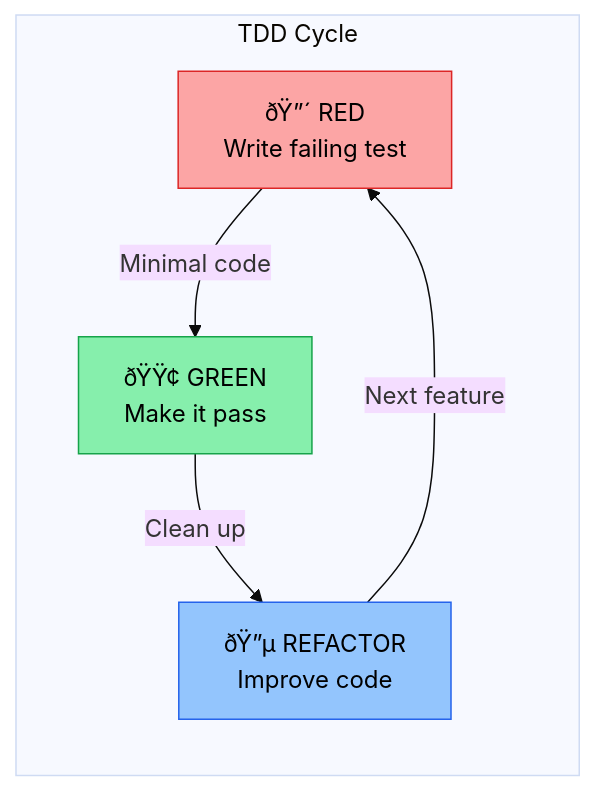
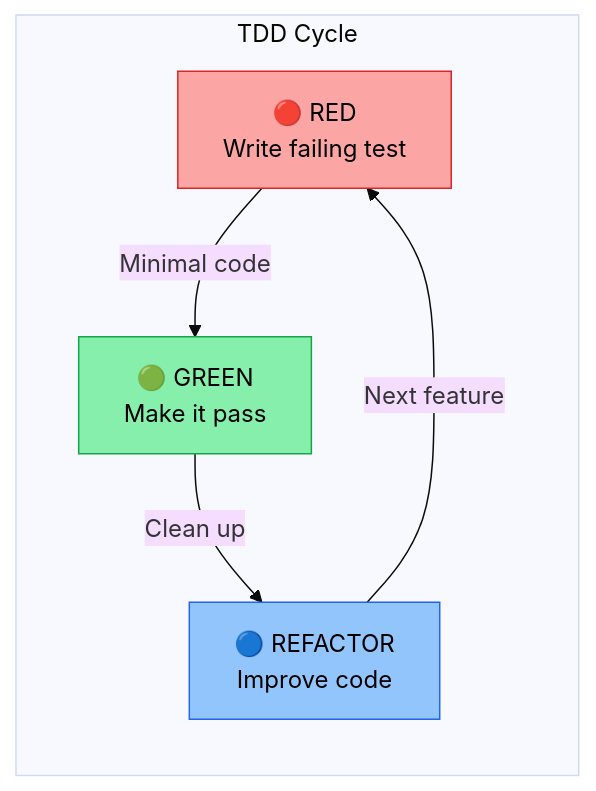
The third of 8 diagrams in README.md (deftai/directive), drawn with Mermaid (base theme) before and after one commit. The commit also changed other lines of this file and 2 other files, not shown here.

````diff
--- a/README.md
+++ b/README.md
@@ -562,16 +562,16 @@
 ```mermaid
 flowchart LR
     subgraph cycle ["TDD Cycle"]
-        R["ðŸ”´ RED<br/>Write failing test"]
-        G["ðŸŸ¢ GREEN<br/>Make it pass"]
-        B["ðŸ”µ REFACTOR<br/>Improve code"]
+        R["🔴 RED<br/>Write failing test"]
+        G["🟢 GREEN<br/>Make it pass"]
+        B["🔵 REFACTOR<br/>Improve code"]
     end
 
     R -->|"Minimal code"| G
     G -->|"Clean up"| B
     B -->|"Next feature"| R
 
     style R fill:#fca5a5,stroke:#dc2626,color:#000
     style G fill:#86efac,stroke:#16a34a,color:#000
     style B fill:#93c5fd,stroke:#2563eb,color:#000
 ```
````
